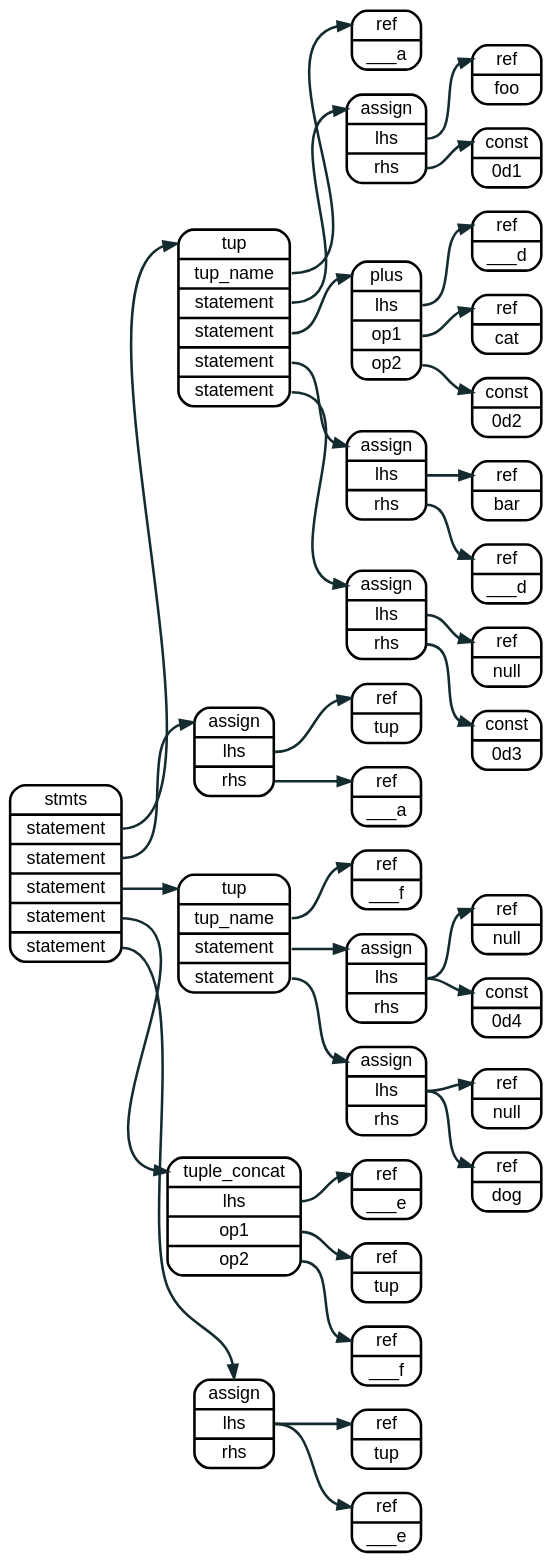
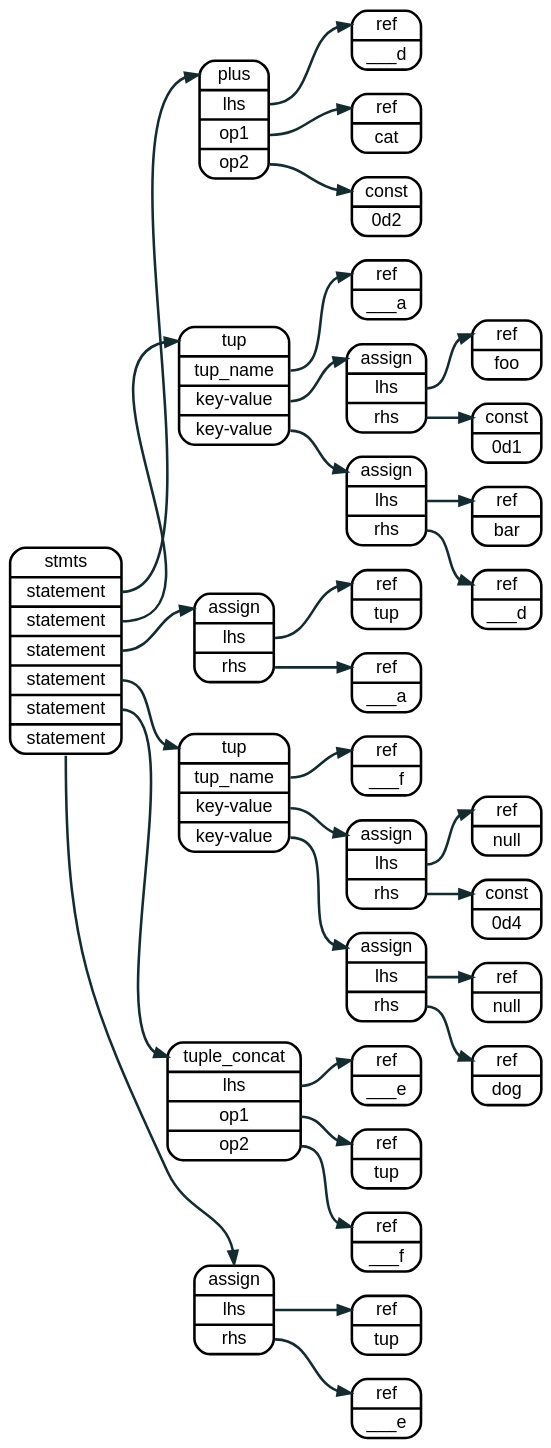
Before and after one commit to sakshi15108/lnast-doc: the diagram in source/graphviz/tuple_concat.dot, drawn with Graphviz. The commit also changed 4 other files, not shown here.

```diff
--- a/source/graphviz/tuple_concat.dot
+++ b/source/graphviz/tuple_concat.dot
@@ -1,103 +1,99 @@
 digraph assign {
   rankdir=LR
   bgcolor="transparent"
 
   node  [fontname = "helvetica", shape=record, style="rounded", penwidth = 2];
   edge  [fontname = "helvetica", color="#142b30", arrowhead="normal", penwidth = 2];
   graph [fontname = "helvetica"];
 
   
 
-  node_0 [label = "<a> stmts | <s1> statement | <s2> statement | <s3> statement
-  | <s4> statement | <s5> statement"];
-  node_1 [label = "<a> tup   | <n> tup_name | <s1> statement | <s2> statement |  <s3> statement | <s4> statement"]
+  node_0 [label = "<a> stmts | <s1> statement | <s2> statement | <s3> statement 
+                             | <s4> statement | <s5> statement | <s6> statement"];
+
+  node_5 [label = "<a> plus | <l> lhs | <r1> op1 | <r2> op2 "];
+  node_6 [label = "<a> ref   | <l> ___d"];
+  node_7 [label = "<a> ref   | <l> cat"];
+  node_8 [label = "<a> const   | <l> 0d2"];
+
+  node_1 [label = "<a> tup   | <n> tup_name | <kv1> key-value | <kv2> key-value"]
   node_1_1 [label = "<a> ref   | <l> ___a"];
 
   node_2 [label = "<a> assign | <l> lhs  | <r> rhs"];
   node_3 [label = "<a> ref   | <l> foo"];
   node_4 [label = "<a> const | <l> 0d1"];
 
-  node_5 [label = "<a> plus | <l> lhs | <r1> op1 | <r2> op2 "];
-  node_6 [label = "<a> ref   | <l> ___d"];
-  node_7 [label = "<a> ref   | <l> cat"];
-  node_8 [label = "<a> const   | <l> 0d2"];
-
   node_9 [label = "<a> assign | <l> lhs  | <r> rhs"];
   node_a [label = "<a> ref    | <l> bar"];
   node_b [label = "<a> ref    | <l> ___d"];
 
-  node_c [label = "<a> assign | <l> lhs  | <r> rhs"];
-  node_d [label = "<a> ref   | <l> null"];
-  node_e [label = "<a> const   | <l> 0d3"];
 
   node_f [label = "<a> assign | <l> lhs  | <r> rhs"];
   node_g [label = "<a> ref   | <l> tup"];
   node_h [label = "<a> ref   | <l> ___a"];
 
 
-  node_j [label = "<a> tup     | <n> tup_name | <s1> statement | <s2> statement"]
+  node_j [label = "<a> tup     | <n> tup_name | <kv1> key-value | <kv2> key-value"]
   node_j_1 [label = "<a> ref   | <l> ___f"];
 
   node_k [label = "<a> assign  | <l> lhs  | <r> rhs"];
   node_l [label = "<a> ref     | <l> null"];
   node_m [label = "<a> const   | <l> 0d4"];
 
   node_n [label = "<a> assign  | <l> lhs  | <r> rhs"];
   node_o [label = "<a> ref     | <l> null"];
   node_p [label = "<a> ref     | <l> dog"];
 
   node_q [label = "<a> tuple_concat | <l> lhs | <r1> op1 | <r2> op2 "];
   node_r [label = "<a> ref   | <l> ___e"];
   node_s [label = "<a> ref   | <l> tup"];
   node_t [label = "<a> ref   | <l> ___f"];
 
   node_u [label = "<a> assign | <l> lhs  | <r> rhs"];
   node_v [label = "<a> ref    | <l> tup"];
   node_w [label = "<a> ref    | <l> ___e"];
 
+  node_0:s1  -> node_5:a
+  node_0:s2  -> node_1:a;
+  node_0:s3  -> node_f:a;
+  node_0:s4  -> node_j:a;
+  node_0:s5  -> node_q:a;
+  node_0:s6  -> node_u:a;
+  
+  node_5:l  -> node_6:a;
+  node_5:r1 -> node_7:a;
+  node_5:r2 -> node_8:a;
 
-  node_0:s1  -> node_1:a;
-  node_0:s2  -> node_f:a;
-  node_0:s3  -> node_j:a;
-  node_0:s4  -> node_q:a;
-  node_0:s5  -> node_u:a;
 
   node_1:n  -> node_1_1:a;
-  node_1:s1 -> node_2:a;
-  node_1:s2 -> node_5:a;
-  node_1:s3 -> node_9:a;
-  node_1:s4 -> node_c:a;
+  node_1:kv1 -> node_2:a;
+  node_1:kv2 -> node_9:a;
 
   node_2:l -> node_3:a;
   node_2:r -> node_4:a;
   
-  node_5:l  -> node_6:a;
-  node_5:r1 -> node_7:a;
-  node_5:r2 -> node_8:a;
   
   node_9:l -> node_a:a;
   node_9:r -> node_b:a;
-
-  node_c:l -> node_d:a;
-  node_c:r -> node_e:a;
 
   node_f:l -> node_g:a;
   node_f:r -> node_h:a;
 
   node_j:n -> node_j_1:a;
-  node_j:s1 -> node_k:a;
-  node_j:s2 -> node_n:a;
+  node_j:kv1 -> node_k:a;
+  node_j:kv2 -> node_n:a;
+  
+  node_k:l   -> node_l:a;
+  node_k:r   -> node_m:a;
 
-  node_k:l -> node_l:a;
-  node_k:l -> node_m:a;
+  node_n:l   -> node_o:a;
+  node_n:r   -> node_p:a;
 
-  node_n:l -> node_o:a;
-  node_n:l -> node_p:a;
+  node_q:l   -> node_r:a;
+  node_q:r1  -> node_s:a;
+  node_q:r2  -> node_t:a;
 
-  node_q:l -> node_r:a;
-  node_q:r1 -> node_s:a;
-  node_q:r2 -> node_t:a;
+  node_u:l   -> node_v:a;
+  node_u:r   -> node_w:a;
 
-  node_u:l -> node_v:a;
-  node_u:l -> node_w:a;
 }
```
